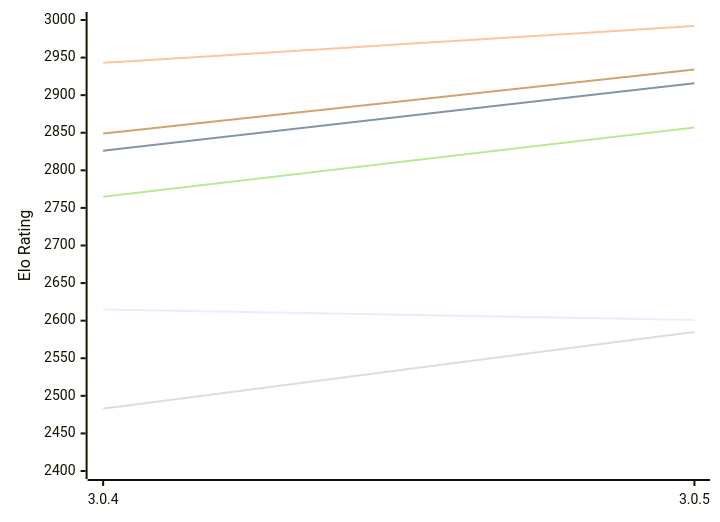
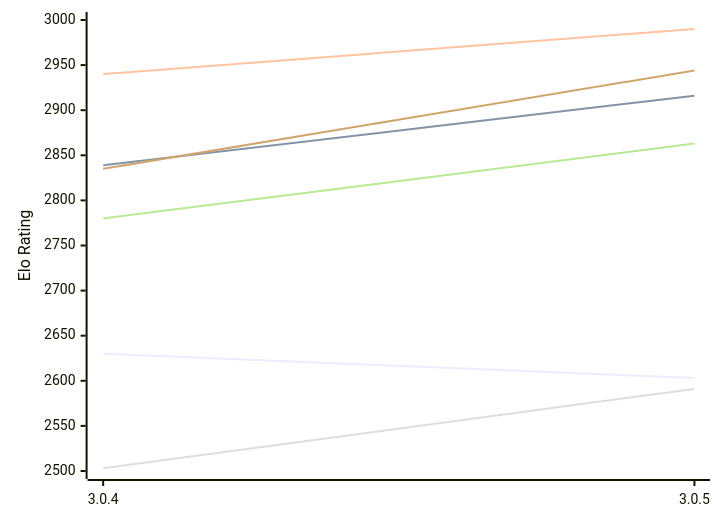
One commit to computer-chess-index/cci changed the first of 2 diagrams in engines/Rudim.md. Above: the diagram before and after it, drawn with Mermaid. The commit also changed other lines of this file, not shown here.

Commit message:
Update CCI Ratings (ELO VLTC) - 2026-11-17

````diff
--- a/engines/Rudim.md
+++ b/engines/Rudim.md
@@ -59,12 +59,12 @@
 ```mermaid
 %%{init: {"theme":"base","themeVariables":{"seriesColors:['#a3a3a3','#222221','#faa371']}}}%%
 xychart-beta
   x-axis ["3.0.4", "3.0.5"]
-  y-axis "Elo Rating" 2400 --> 3000
-  line "E1: STC (8.0+0.08s)" [2615, 2601]
-  line "E1: LTC (60.0+0.60s)" [2826, 2916]
-  line "E1: VLTC (2m24s+1.12s)" [2943, 2992]
-  line "P1: STC (8.0+0.08s)" [2483, 2585]
-  line "P1: LTC (60.0+0.60s)" [2765, 2857]
-  line "P1: VLTC (2m24s+1.12s)" [2849, 2934]
+  y-axis "Elo Rating" 2500 --> 3000
+  line "E1: STC (8.0+0.08s)" [2630, 2603]
+  line "E1: LTC (60.0+0.60s)" [2839, 2916]
+  line "E1: VLTC (2m24s+1.12s)" [2940, 2990]
+  line "P1: STC (8.0+0.08s)" [2503, 2591]
+  line "P1: LTC (60.0+0.60s)" [2780, 2863]
+  line "P1: VLTC (2m24s+1.12s)" [2835, 2944]
 ```
````
